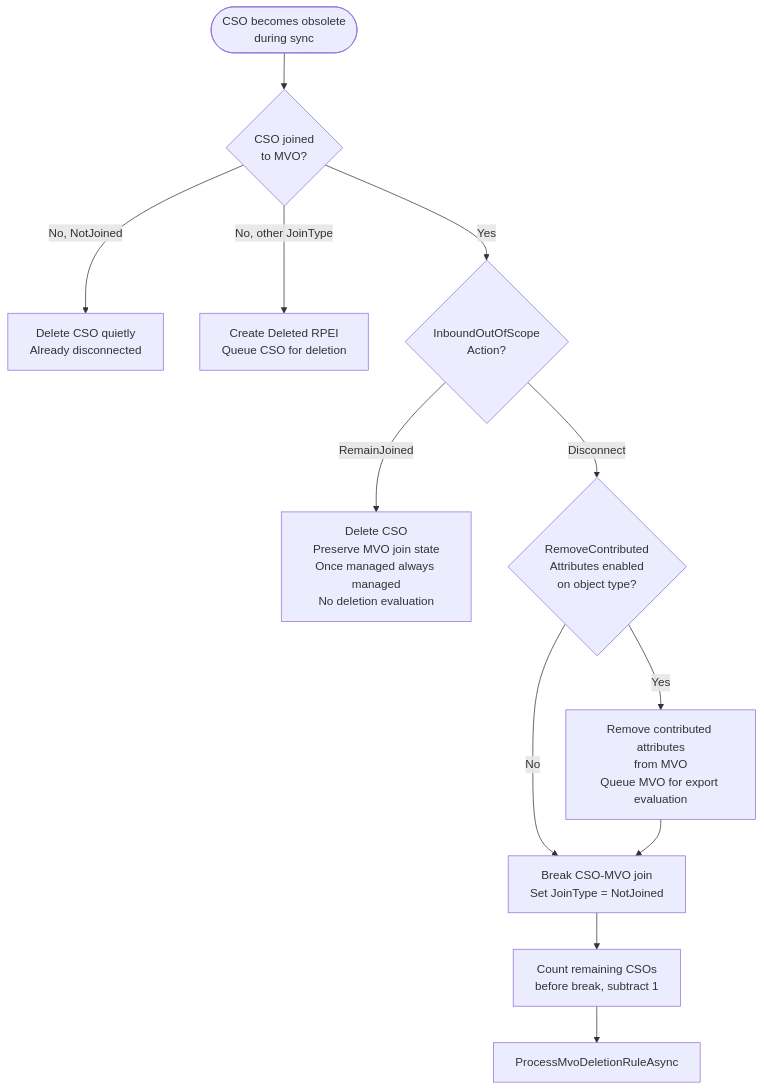
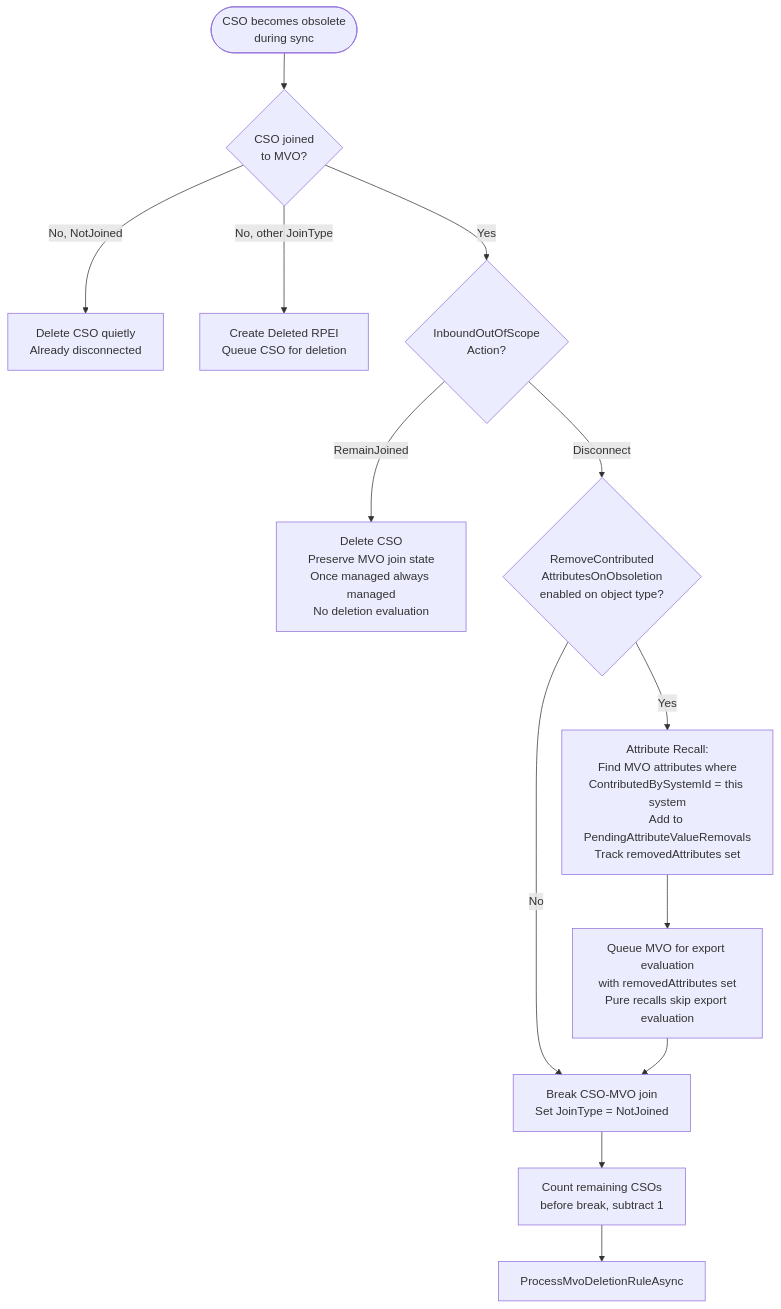
The first of 6 diagrams in docs/diagrams/mermaid/MVO_DELETION_AND_GRACE_PERIOD.md (TetronIO/JIM), drawn with Mermaid before and after one commit. The commit also changed other lines of this file and 9 other files, not shown here.

First line of the commit message:
docs: Update Mermaid diagrams for Phase 4 changes; bump version to 0.3.0

````diff
--- a/docs/diagrams/mermaid/MVO_DELETION_AND_GRACE_PERIOD.md
+++ b/docs/diagrams/mermaid/MVO_DELETION_AND_GRACE_PERIOD.md
@@ -17,19 +17,20 @@
 ```mermaid
 flowchart TD
     Start([CSO becomes obsolete<br/>during sync]) --> Joined{CSO joined<br/>to MVO?}
 
     Joined -->|No, NotJoined| QuietDelete[Delete CSO quietly<br/>Already disconnected]
     Joined -->|No, other JoinType| DeleteWithRPEI[Create Deleted RPEI<br/>Queue CSO for deletion]
 
     Joined -->|Yes| OosAction{InboundOutOfScope<br/>Action?}
 
     OosAction -->|RemainJoined| KeepJoin[Delete CSO<br/>Preserve MVO join state<br/>Once managed always managed<br/>No deletion evaluation]
 
-    OosAction -->|Disconnect| RemoveAttrs{RemoveContributed<br/>Attributes enabled<br/>on object type?}
-    RemoveAttrs -->|Yes| RecallAttrs[Remove contributed attributes<br/>from MVO<br/>Queue MVO for export evaluation]
+    OosAction -->|Disconnect| RemoveAttrs{RemoveContributed<br/>AttributesOnObsoletion<br/>enabled on object type?}
+    RemoveAttrs -->|Yes| RecallAttrs[Attribute Recall:<br/>Find MVO attributes where<br/>ContributedBySystemId = this system<br/>Add to PendingAttributeValueRemovals<br/>Track removedAttributes set]
     RemoveAttrs -->|No| BreakJoin
-    RecallAttrs --> BreakJoin[Break CSO-MVO join<br/>Set JoinType = NotJoined]
+    RecallAttrs --> QueueRecall[Queue MVO for export evaluation<br/>with removedAttributes set<br/>Pure recalls skip export evaluation]
+    QueueRecall --> BreakJoin[Break CSO-MVO join<br/>Set JoinType = NotJoined]
 
     BreakJoin --> CountRemaining[Count remaining CSOs<br/>before break, subtract 1]
     CountRemaining --> EvalDeletion[ProcessMvoDeletionRuleAsync]
 ```
````
